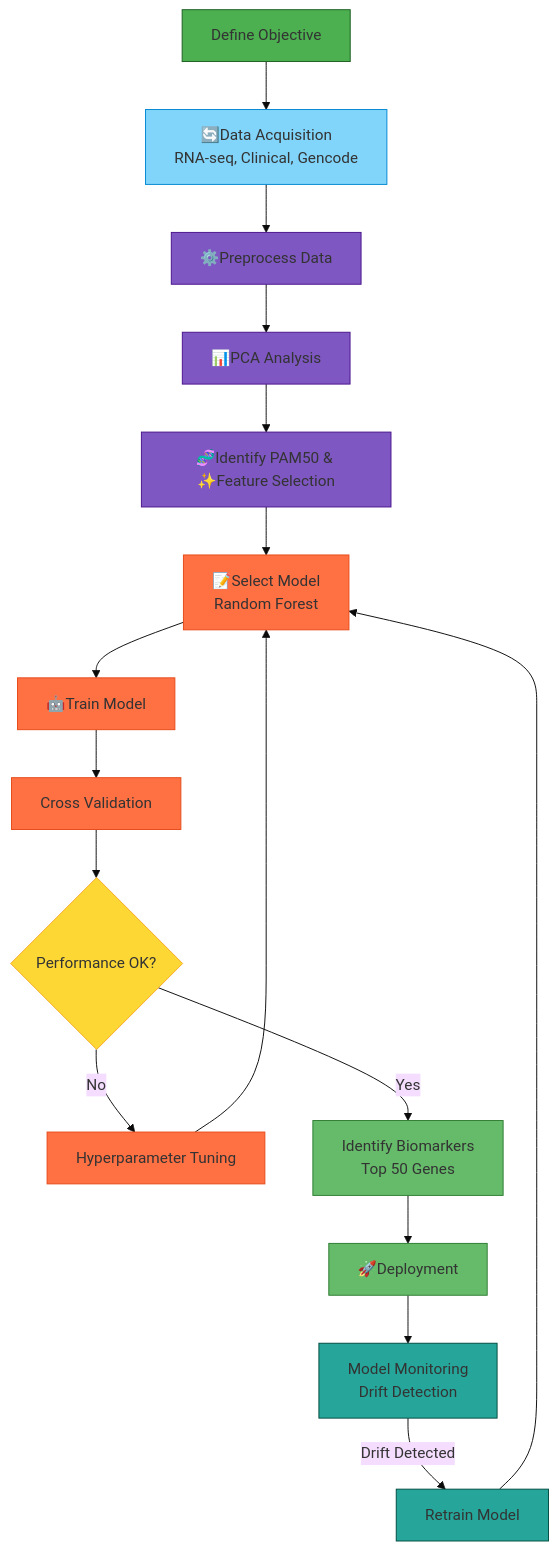
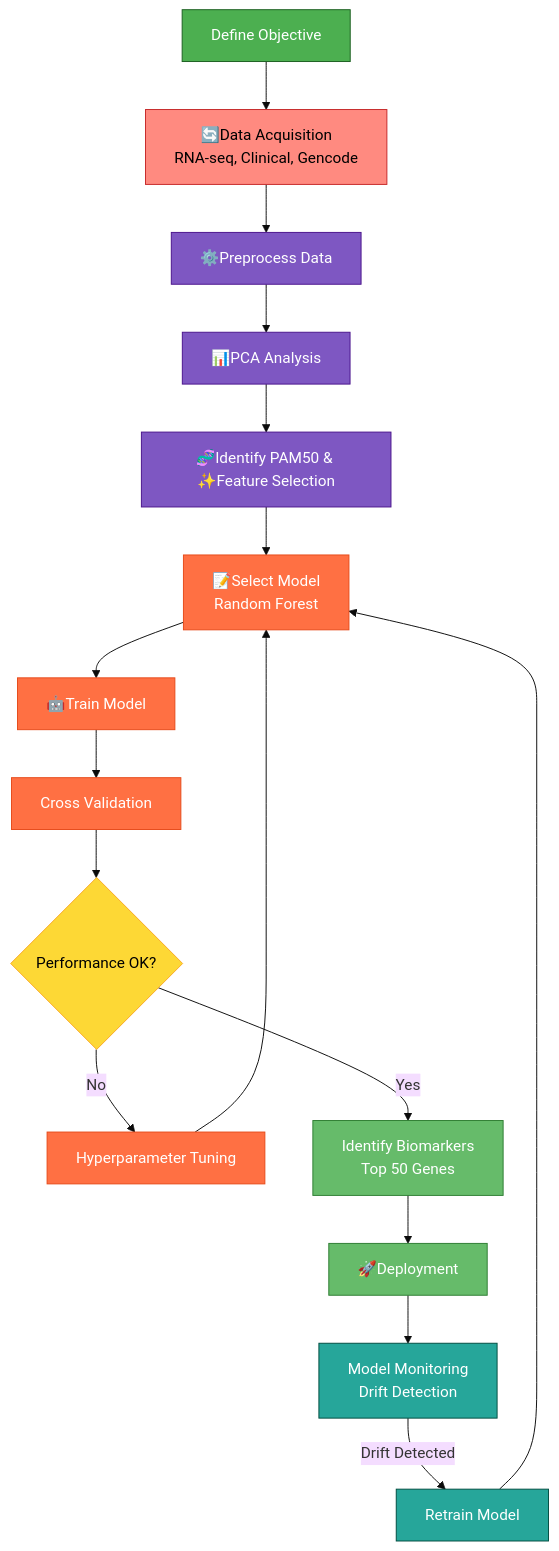
Before and after one commit to Yohansgit/Machine-Learning_Models_Projects: the diagram in WF1-README.md, drawn with Mermaid (base theme).

Commit message:
Modify color classes in WF1-README.md
Updated color definitions for flowchart elements in Mermaid.

````diff
--- a/WF1-README.md
+++ b/WF1-README.md
@@ -1,31 +1,31 @@
 ```mermaid   
 flowchart TD
 
     %% --- Define Colors ---
-classDef start fill:#4CAF50,stroke:#1B5E20,color:#fff;       %% green
-classDef data fill:#81D4FA,stroke:#0288D1,color:#000;        %% light blue
-classDef process fill:#7E57C2,stroke:#4A148C,color:#fff;    %% purple
-classDef model fill:#FF7043,stroke:#E64A19,color:#fff;      %% orange
-classDef decision fill:#FDD835,stroke:#F9A825,color:#000;   %% yellow
-classDef output fill:#66BB6A,stroke:#2E7D32,color:#fff;     %% green
-classDef monitor fill:#26A69A,stroke:#004D40,color:#fff;    %% teal
+classDef start fill:#4CAF50,stroke:#1B5E20,color:#fff;     
+classDef data fill:#FF8A80,stroke:#C62828,color:#000;     
+classDef process fill:#7E57C2,stroke:#4A148C,color:#fff;    
+classDef model fill:#FF7043,stroke:#E64A19,color:#fff;    
+classDef decision fill:#FDD835,stroke:#F9A825,color:#000;    
+classDef output fill:#66BB6A,stroke:#2E7D32,color:#fff;    
+classDef monitor fill:#26A69A,stroke:#004D40,color:#fff;   
 
     A[Define Objective]:::start
     B[🔄Data Acquisition<br/>RNA-seq, Clinical, Gencode]:::data
     C[⚙️Preprocess Data]:::process
     D[📊PCA Analysis]:::process
     E[🧬Identify PAM50 & ✨Feature Selection]:::process
     F[📝Select Model<br/>Random Forest]:::model
     G[🤖Train Model]:::model
     H[Cross Validation]:::model
     I{Performance OK?}:::decision
     J[Hyperparameter Tuning]:::model
     K[Identify Biomarkers<br/>Top 50 Genes]:::output
     L[🚀Deployment]:::output
     M[Model Monitoring<br/>Drift Detection]:::monitor
     N[Retrain Model]:::monitor
     A --> B --> C --> D --> E --> F --> G --> H --> I
     I -- No --> J --> F
     I -- Yes --> K --> L --> M
     M -- Drift Detected --> N --> F
 ```
````
